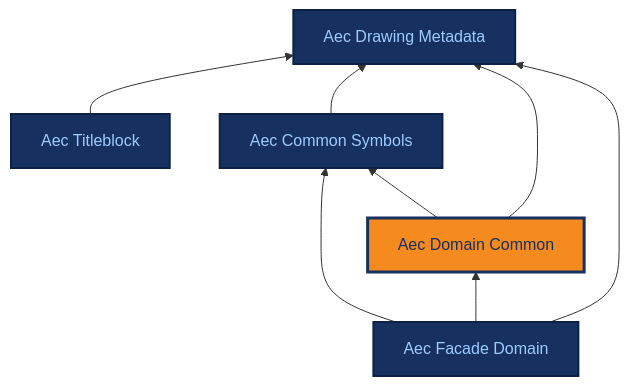
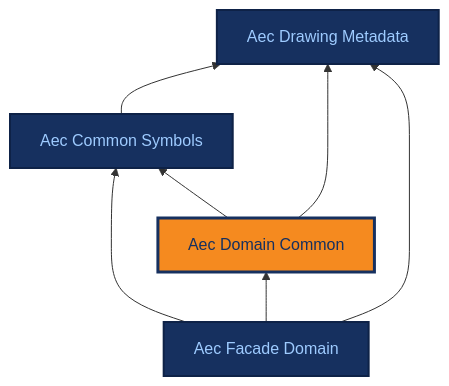
The diagram in docs/ontologies/aec_domain_common.md (BuroHappoldMachineLearning/ADIRO), drawn with Mermaid before and after one commit. The commit also changed 22 other files, not shown here.

First line of the commit message:
refactor: delete the aec_titleblock module; trim the PR to what it needs

````diff
--- a/docs/ontologies/aec_domain_common.md
+++ b/docs/ontologies/aec_domain_common.md
@@ -17,20 +17,18 @@
 ```mermaid
 %%{init: {"themeCSS": ".base .nodeLabel,.base .nodeLabel p,.base text,.base tspan{fill:#9ecbff !important;color:#9ecbff !important}.current .nodeLabel,.current .nodeLabel p,.current text,.current tspan{fill:#16305f !important;color:#16305f !important}"} }%%
 graph BT
     aec_drawing_metadata["Aec Drawing Metadata"]
-    aec_titleblock["Aec Titleblock"]
     aec_common_symbols["Aec Common Symbols"]
     aec_domain_common["Aec Domain Common"]
     aec_facade_domain["Aec Facade Domain"]
-    aec_titleblock --> aec_drawing_metadata
     aec_common_symbols --> aec_drawing_metadata
     aec_domain_common --> aec_common_symbols
     aec_domain_common --> aec_drawing_metadata
     aec_facade_domain --> aec_common_symbols
     aec_facade_domain --> aec_domain_common
     aec_facade_domain --> aec_drawing_metadata
     classDef base fill:#16305f,stroke:#0e2247,stroke-width:2px,color:#9ecbff;
-    class aec_drawing_metadata,aec_titleblock,aec_common_symbols,aec_facade_domain base;
+    class aec_drawing_metadata,aec_common_symbols,aec_facade_domain base;
     classDef current fill:#f58a1f,stroke:#16305f,stroke-width:3px,color:#16305f;
     class aec_domain_common current;
 ```
````
